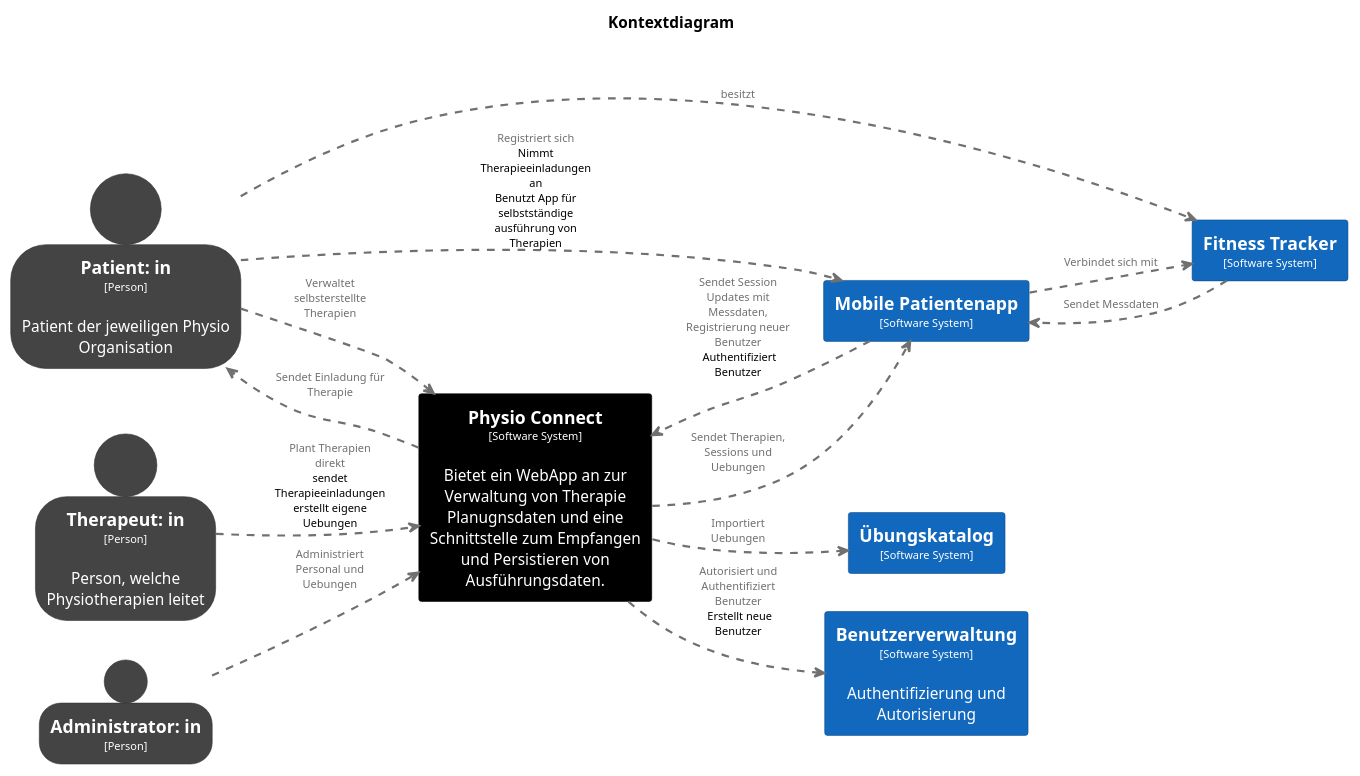
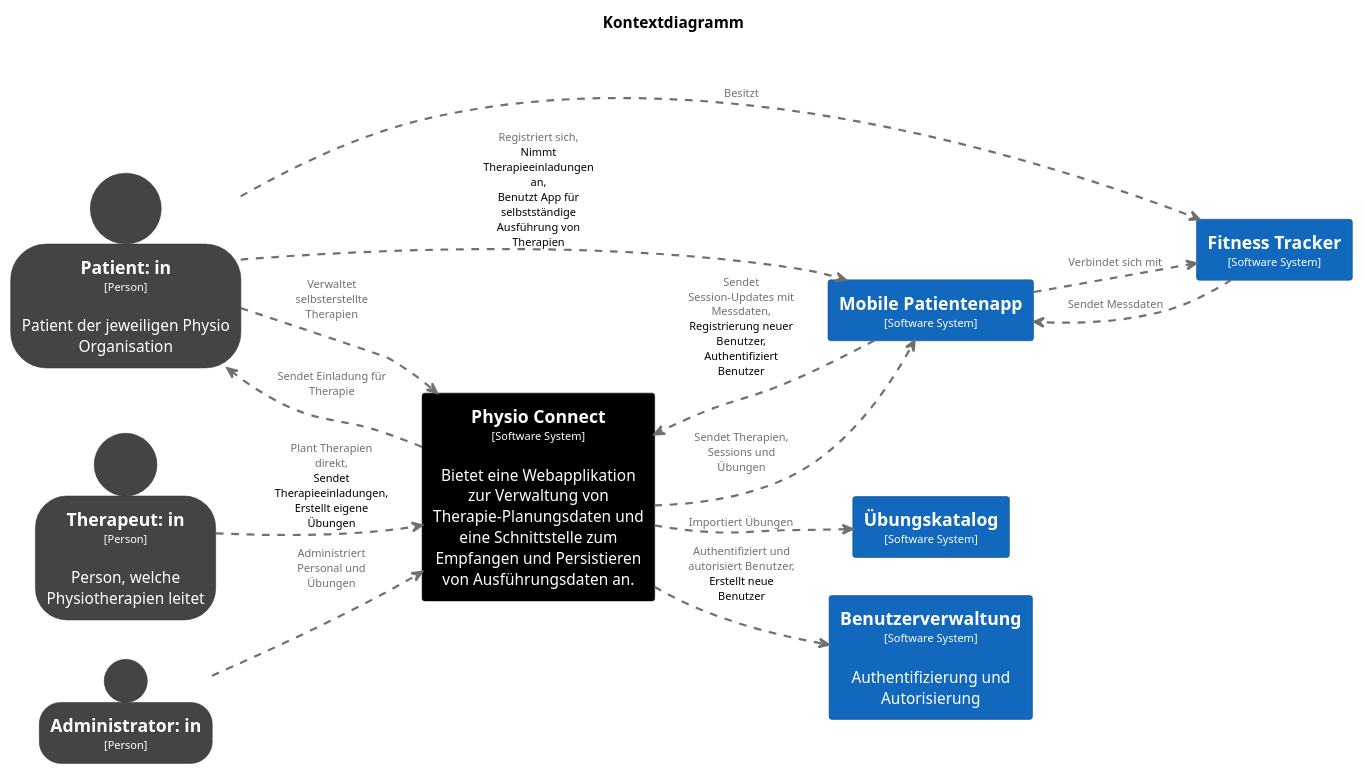
One commit to markuskaufmann/CAS_SA_Transfer changed the diagram in arc42_documentation/additional_diagrams/context_diagram.puml. Above: the diagram before and after it, drawn with PlantUML. The commit also changed 2 other files, not shown here.

Commit message:
#34 Review context diagram

```diff
--- a/arc42_documentation/additional_diagrams/context_diagram.puml
+++ b/arc42_documentation/additional_diagrams/context_diagram.puml
@@ -1,96 +1,96 @@
 @startuml
-title Kontextdiagram
+title Kontextdiagramm
 
 left to right direction
 
 
 skinparam {
   shadowing false
   arrowFontSize 10
   defaultTextAlignment center
   wrapWidth 200
   maxMessageSize 100
 }
 
 hide stereotype
 
 skinparam person<<Administratorin>> {
   BackgroundColor #444444
   FontColor #ffffff
   BorderColor #2f2f2f
 }
 skinparam rectangle<<Benutzerverwaltung>> {
   BackgroundColor #1168bd
   FontColor #ffffff
   BorderColor #0b4884
 }
 skinparam rectangle<<FitnessTracker>> {
   BackgroundColor #1168bd
   FontColor #ffffff
   BorderColor #0b4884
 }
 skinparam rectangle<<MobilePatientenapp>> {
   BackgroundColor #1168bd
   FontColor #ffffff
   BorderColor #0b4884
 }
 skinparam person<<Patientin>> {
   BackgroundColor #444444
   FontColor #ffffff
   BorderColor #2f2f2f
 }
 skinparam rectangle<<PhysioConnect>> {
   BackgroundColor #000000
   FontColor #ffffff
   BorderColor #000000
 }
 skinparam person<<Therapeutin>> {
   BackgroundColor #444444
   FontColor #ffffff
   BorderColor #2f2f2f
 }
 skinparam rectangle<<Übungskatalog>> {
   BackgroundColor #1168bd
   FontColor #ffffff
   BorderColor #0b4884
 }
 
 
 skinparam PackageBorderColor<<enterprise>> #444444
 skinparam PackageFontColor<<enterprise>> #444444
 
-rectangle "==Physio Connect\n<size:10>[Software System]</size>\n\nBietet ein WebApp an zur Verwaltung von Therapie Planugnsdaten und eine Schnittstelle zum Empfangen und Persistieren von Ausführungsdaten." <<PhysioConnect>> as PhysioConnect
+rectangle "==Physio Connect\n<size:10>[Software System]</size>\n\nBietet eine Webapplikation zur Verwaltung von Therapie-Planungsdaten und eine Schnittstelle zum Empfangen und Persistieren von Ausführungsdaten an." <<PhysioConnect>> as PhysioConnect
 rectangle "==Mobile Patientenapp\n<size:10>[Software System]</size>" <<MobilePatientenapp>> as MobilePatientenapp
 rectangle "==Übungskatalog\n<size:10>[Software System]</size>" <<Übungskatalog>> as Übungskatalog
 rectangle "==Benutzerverwaltung\n<size:10>[Software System]</size>\n\nAuthentifizierung und Autorisierung" <<Benutzerverwaltung>> as Benutzerverwaltung
 
 
 
 skinparam PackageBorderColor<<group:Patient>> #589fd8
 skinparam PackageFontColor<<group:Patient>> #589fd8
 
 person "==Patient: in\n<size:10>[Person]</size>\n\nPatient der jeweiligen Physio Organisation" <<Patientin>> as Patientin
 rectangle "==Fitness Tracker\n<size:10>[Software System]</size>" <<FitnessTracker>> as FitnessTracker
 
 
 skinparam PackageBorderColor<<group:Physiounternehmung>> #b6862e
 skinparam PackageFontColor<<group:Physiounternehmung>> #b6862e
 
 person "==Therapeut: in\n<size:10>[Person]</size>\n\nPerson, welche Physiotherapien leitet" <<Therapeutin>> as Therapeutin
 person "==Administrator: in\n<size:10>[Person]</size>" <<Administratorin>> as Administratorin
 
 
 
 PhysioConnect .[#707070,thickness=2].> Patientin : "<color:#707070>Sendet Einladung für Therapie"
-Administratorin .[#707070,thickness=2].> PhysioConnect : "<color:#707070>Administriert Personal und Uebungen"
-Therapeutin .[#707070,thickness=2].> PhysioConnect : "<color:#707070>Plant Therapien direkt\nsendet Therapieeinladungen\nerstellt eigene Uebungen"
-Patientin .[#707070,thickness=2].> MobilePatientenapp : "<color:#707070>Registriert sich\nNimmt Therapieeinladungen an\nBenutzt App für selbstständige ausführung von Therapien"
-Patientin .[#707070,thickness=2].> FitnessTracker : "<color:#707070>besitzt"
+Administratorin .[#707070,thickness=2].> PhysioConnect : "<color:#707070>Administriert Personal und Übungen"
+Therapeutin .[#707070,thickness=2].> PhysioConnect : "<color:#707070>Plant Therapien direkt,\nSendet Therapieeinladungen,\nErstellt eigene Übungen"
+Patientin .[#707070,thickness=2].> MobilePatientenapp : "<color:#707070>Registriert sich,\nNimmt Therapieeinladungen an,\nBenutzt App für selbstständige Ausführung von Therapien"
+Patientin .[#707070,thickness=2].> FitnessTracker : "<color:#707070>Besitzt"
 Patientin .[#707070,thickness=2]> PhysioConnect : "<color:#707070>Verwaltet selbsterstellte Therapien"
 MobilePatientenapp .[#707070,thickness=2].> FitnessTracker : "<color:#707070>Verbindet sich mit"
 FitnessTracker .[#707070,thickness=2].> MobilePatientenapp : "<color:#707070>Sendet Messdaten"
-MobilePatientenapp .[#707070,thickness=2].> PhysioConnect : "<color:#707070>Sendet Session Updates mit Messdaten, Registrierung neuer Benutzer\n Authentifiziert Benutzer"
-PhysioConnect .[#707070,thickness=2].> MobilePatientenapp : "<color:#707070>Sendet Therapien, Sessions und Uebungen"
-PhysioConnect .[#707070,thickness=2].> Übungskatalog : "<color:#707070>Importiert Uebungen"
-PhysioConnect .[#707070,thickness=2].> Benutzerverwaltung : "<color:#707070>Autorisiert und Authentifiziert Benutzer\n Erstellt neue Benutzer"
+MobilePatientenapp .[#707070,thickness=2].> PhysioConnect : "<color:#707070>Sendet Session-Updates mit Messdaten,\nRegistrierung neuer Benutzer,\nAuthentifiziert Benutzer"
+PhysioConnect .[#707070,thickness=2].> MobilePatientenapp : "<color:#707070>Sendet Therapien, Sessions und Übungen"
+PhysioConnect .[#707070,thickness=2].> Übungskatalog : "<color:#707070>Importiert Übungen"
+PhysioConnect .[#707070,thickness=2].> Benutzerverwaltung : "<color:#707070>Authentifiziert und autorisiert Benutzer,\nErstellt neue Benutzer"
 @enduml
```
